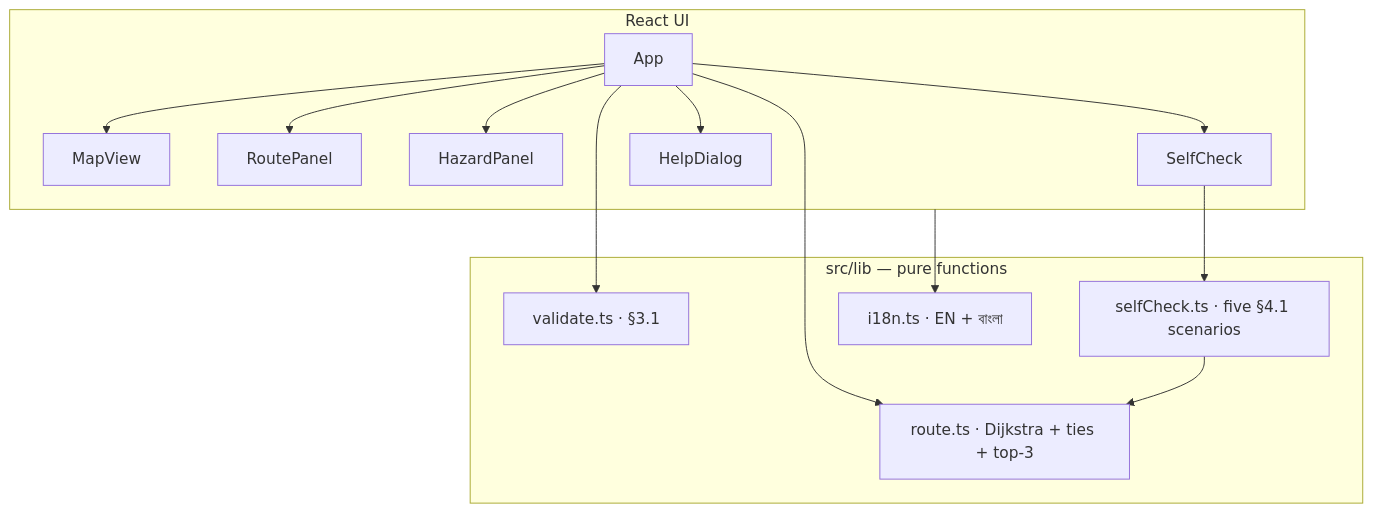
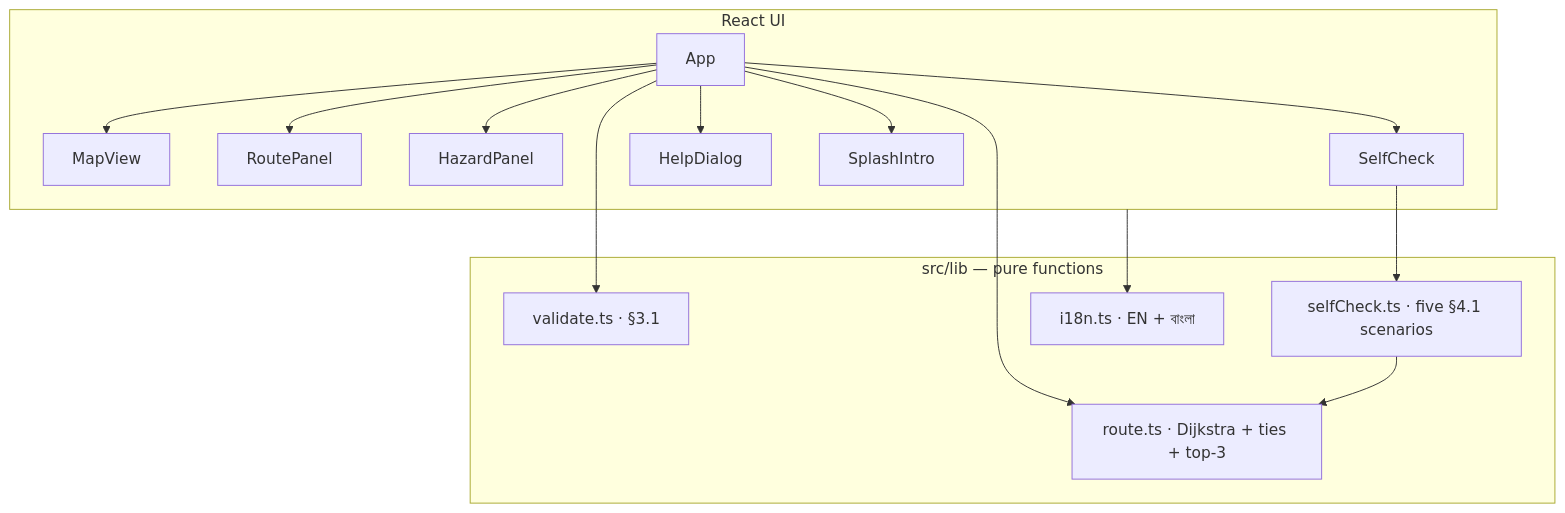
Before and after one commit to 0xdevabir/smart-escape-mock: the fourth of 4 diagrams in README.md, drawn with Mermaid. The commit also changed other lines of this file, not shown here.

Commit message:
Refactor README.md to improve layout and readability by replacing the table with a centered div for project details. Update hero workflow description to include the splash intro feature.

````diff
--- a/README.md
+++ b/README.md
@@ -182,21 +186,22 @@
 ```mermaid
 flowchart TB
     subgraph UI["React UI"]
       App --> MapView
       App --> RoutePanel
       App --> HazardPanel
       App --> SelfCheck
       App --> HelpDialog
+      App --> SplashIntro
     end
     subgraph Engine["src/lib — pure functions"]
       validate["validate.ts · §3.1"]
       route["route.ts · Dijkstra + ties + top-3"]
       selfCheck["selfCheck.ts · five §4.1 scenarios"]
       i18n["i18n.ts · EN + বাংলা"]
     end
     App --> validate
     App --> route
     SelfCheck --> selfCheck
     selfCheck --> route
     UI --> i18n
 ```
````
